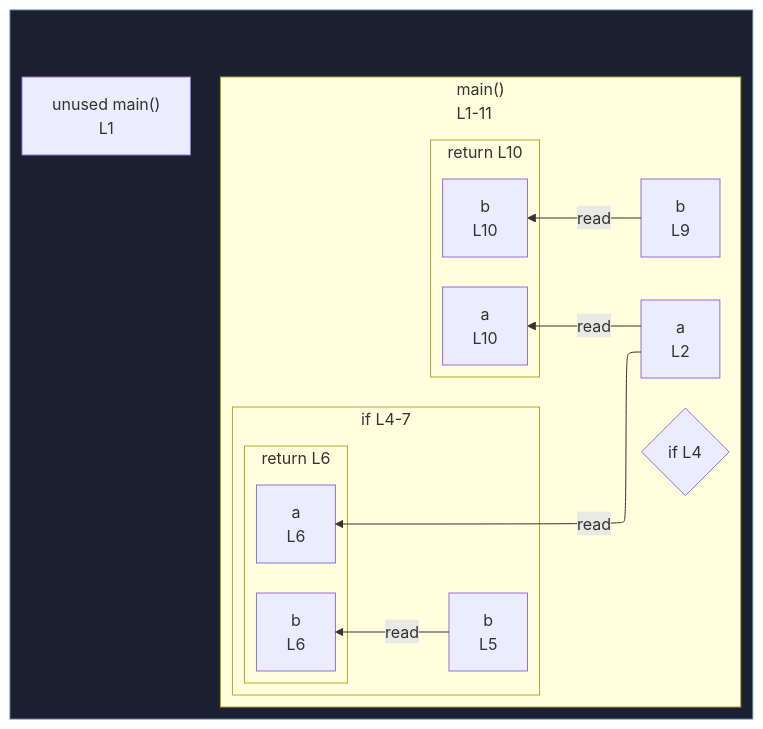
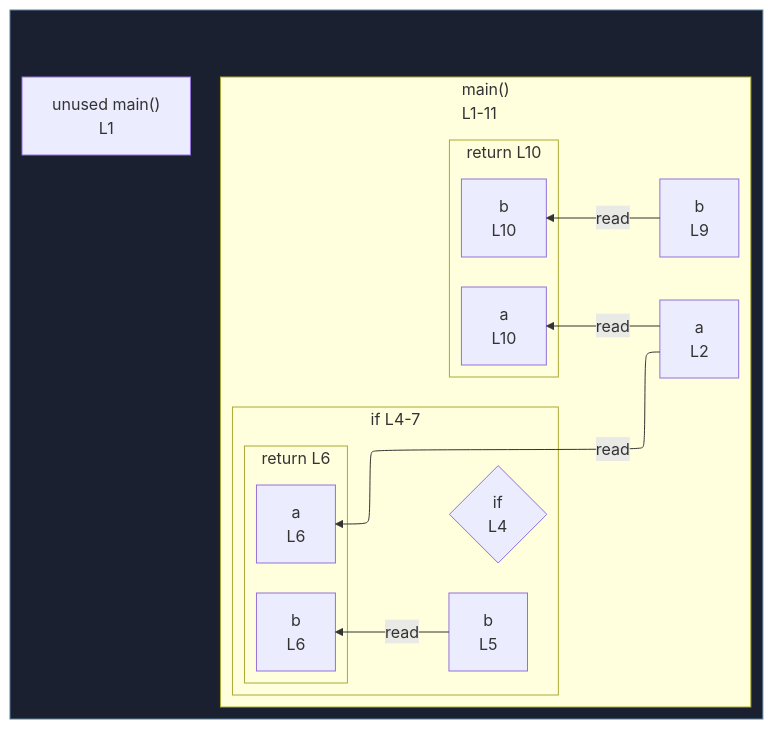
One commit to crescware/unsnarl changed the diagram in integration/fixtures/function-multi-return-shorthand/preview.md. Above: the diagram before and after it, drawn with Mermaid. The commit also changed 21 other files, not shown here.

````diff
--- a/integration/fixtures/function-multi-return-shorthand/preview.md
+++ b/integration/fixtures/function-multi-return-shorthand/preview.md
@@ -21,34 +21,34 @@
 ```mermaid
 %%{init: {"flowchart": {"defaultRenderer": "elk"}}}%%
 flowchart RL
   subgraph wrap_s_scope_1[" "]
     direction TB
     n_scope_0_main_9["unused main()<br/>L1"]
     subgraph s_scope_1["main()<br/>L1-11"]
       direction RL
       n_scope_1_a_26["a<br/>L2"]
       n_scope_1_b_119["b<br/>L9"]
-      if_test_scope_1_38{"if L4"}
       subgraph s_scope_2["if L4-7"]
         direction RL
+        if_test_scope_1_38{"if<br/>L4"}
         n_scope_2_b_75["b<br/>L5"]
         subgraph s_return_scope_0_main_9_89_105["return L6"]
           direction RL
           ret_use_ref_1["a<br/>L6"]
           ret_use_ref_2["b<br/>L6"]
         end
       end
       subgraph s_return_scope_0_main_9_131_147["return L10"]
         direction RL
         ret_use_ref_3["a<br/>L10"]
         ret_use_ref_4["b<br/>L10"]
       end
     end
   end
   n_scope_1_a_26 -->|read| ret_use_ref_1
   n_scope_2_b_75 -->|read| ret_use_ref_2
   n_scope_1_a_26 -->|read| ret_use_ref_3
   n_scope_1_b_119 -->|read| ret_use_ref_4
   classDef fnWrap fill:#1a2030,stroke:#5a7d99;
   class wrap_s_scope_1 fnWrap;
 ```
````
